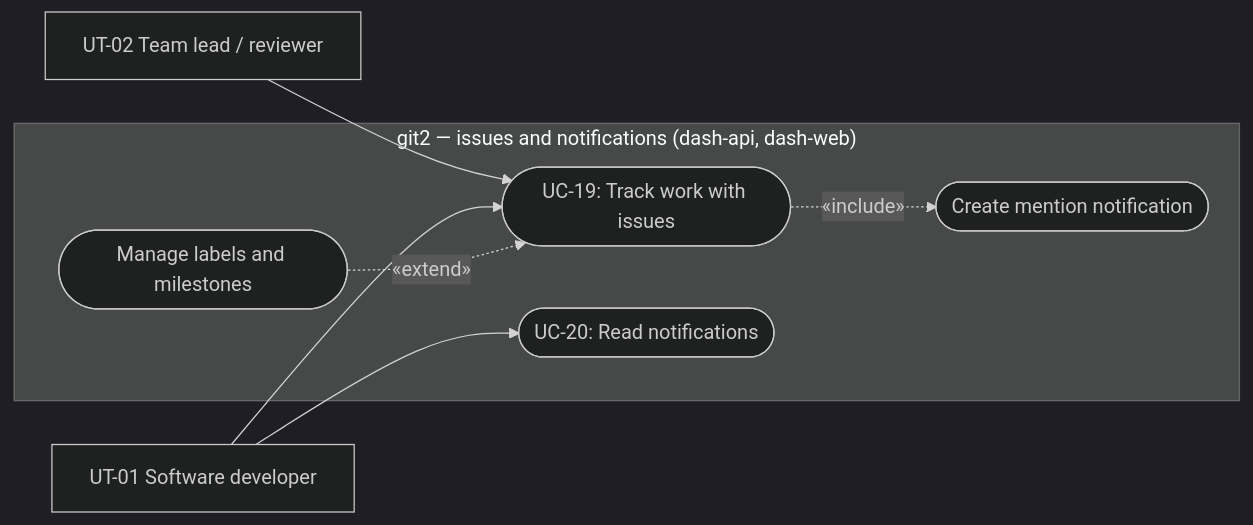
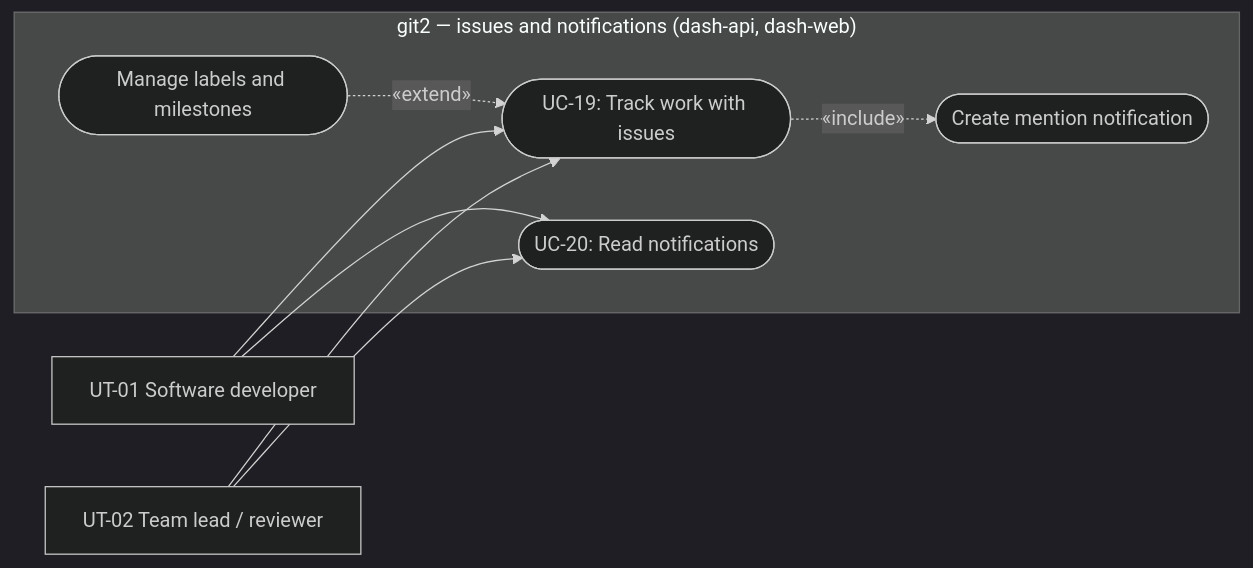
One commit to git2-project/git2 changed the sixth of 13 diagrams in docs/project_docs/to_customer/RequirementsSpecification.md. Above: the diagram before and after it, drawn with Mermaid (dark theme). The commit also changed other lines of this file and 2 other files, not shown here.

First line of the commit message:
docs(req-spec): review fixes for roles, personas, notes and diagrams

````diff
--- a/docs/project_docs/to_customer/RequirementsSpecification.md
+++ b/docs/project_docs/to_customer/RequirementsSpecification.md
@@ -762,18 +770,19 @@
 ```mermaid
 flowchart LR
     Dev["UT-01 Software developer"]
     Lead["UT-02 Team lead / reviewer"]
 
     subgraph System["git2 — issues and notifications (dash-api, dash-web)"]
         UC19(["UC-19: Track work with issues"])
         UC20(["UC-20: Read notifications"])
         Labels(["Manage labels and milestones"])
         Mention(["Create mention notification"])
     end
 
     Lead --> UC19
     Dev --> UC19
     Dev --> UC20
+    Lead --> UC20
     Labels -.->|«extend»| UC19
     UC19 -.->|«include»| Mention
 ```
````
